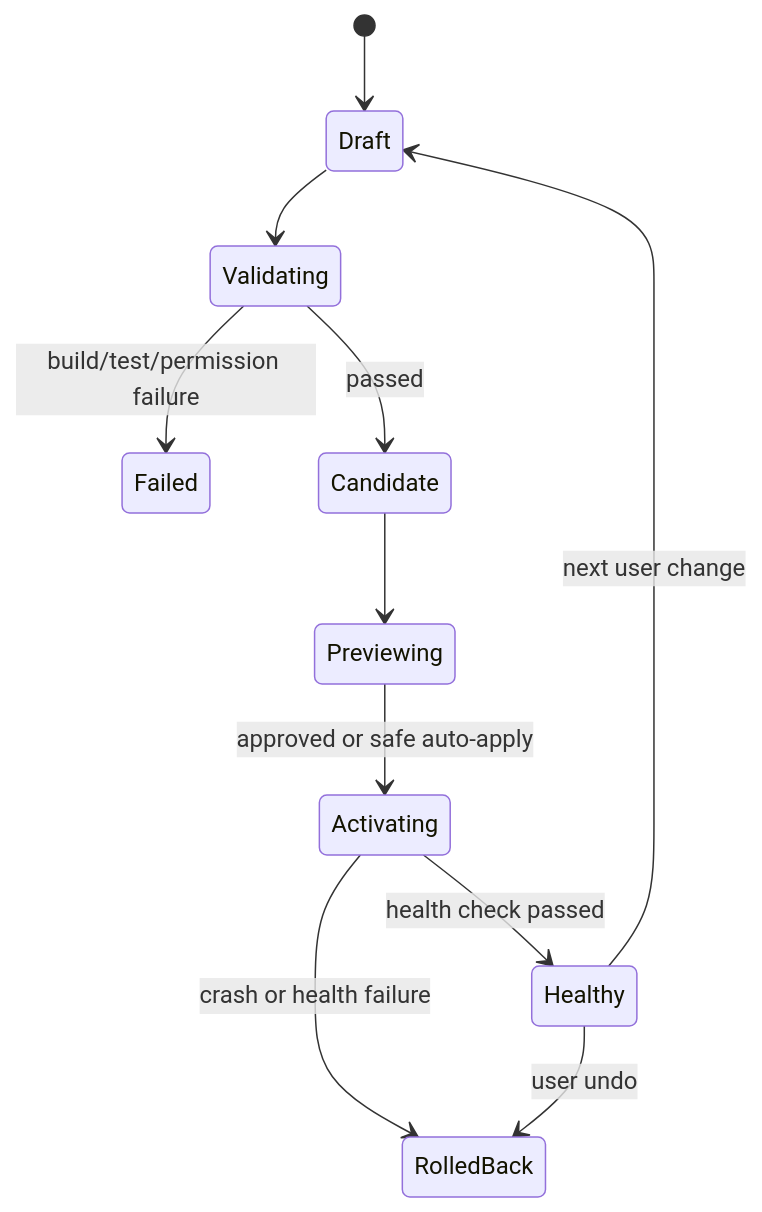
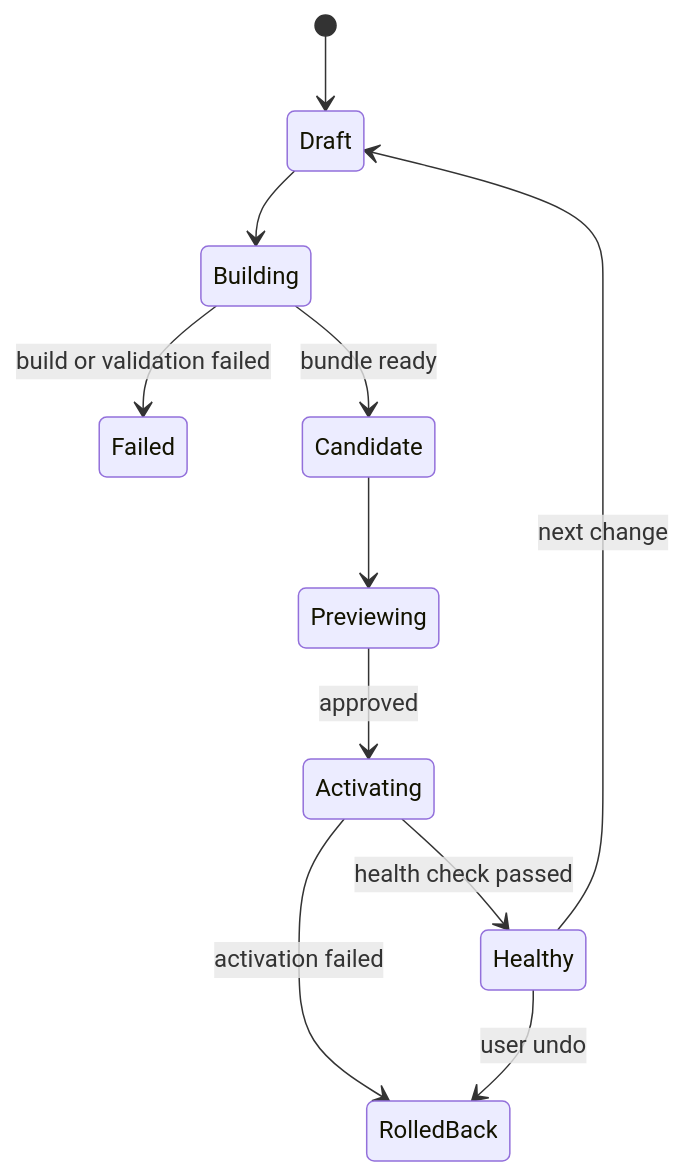
One commit to iHeyTang/amiba changed the second of 4 diagrams in docs/2026-08-06-personal-managed-extensions-design.md. Above: the diagram before and after it, drawn with Mermaid. The commit also changed other lines of this file and 68 other files, not shown here.

````diff
--- a/docs/2026-08-06-personal-managed-extensions-design.md
+++ b/docs/2026-08-06-personal-managed-extensions-design.md
@@ -382,13 +738,13 @@
 ```mermaid
 stateDiagram-v2
     [*] --> Draft
-    Draft --> Validating
-    Validating --> Failed: build/test/permission failure
-    Validating --> Candidate: passed
+    Draft --> Building
+    Building --> Failed: build or validation failed
+    Building --> Candidate: bundle ready
     Candidate --> Previewing
-    Previewing --> Activating: approved or safe auto-apply
+    Previewing --> Activating: approved
     Activating --> Healthy: health check passed
-    Activating --> RolledBack: crash or health failure
-    Healthy --> Draft: next user change
+    Activating --> RolledBack: activation failed
+    Healthy --> Draft: next change
     Healthy --> RolledBack: user undo
 ```
````
